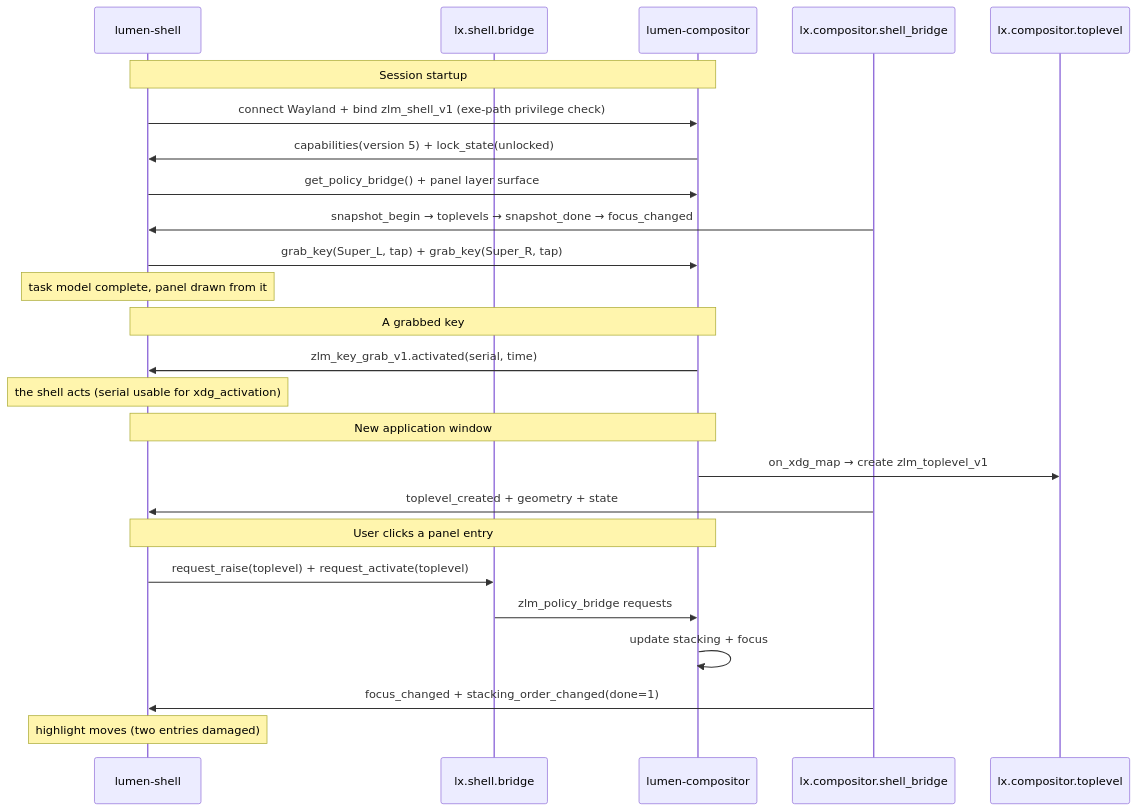
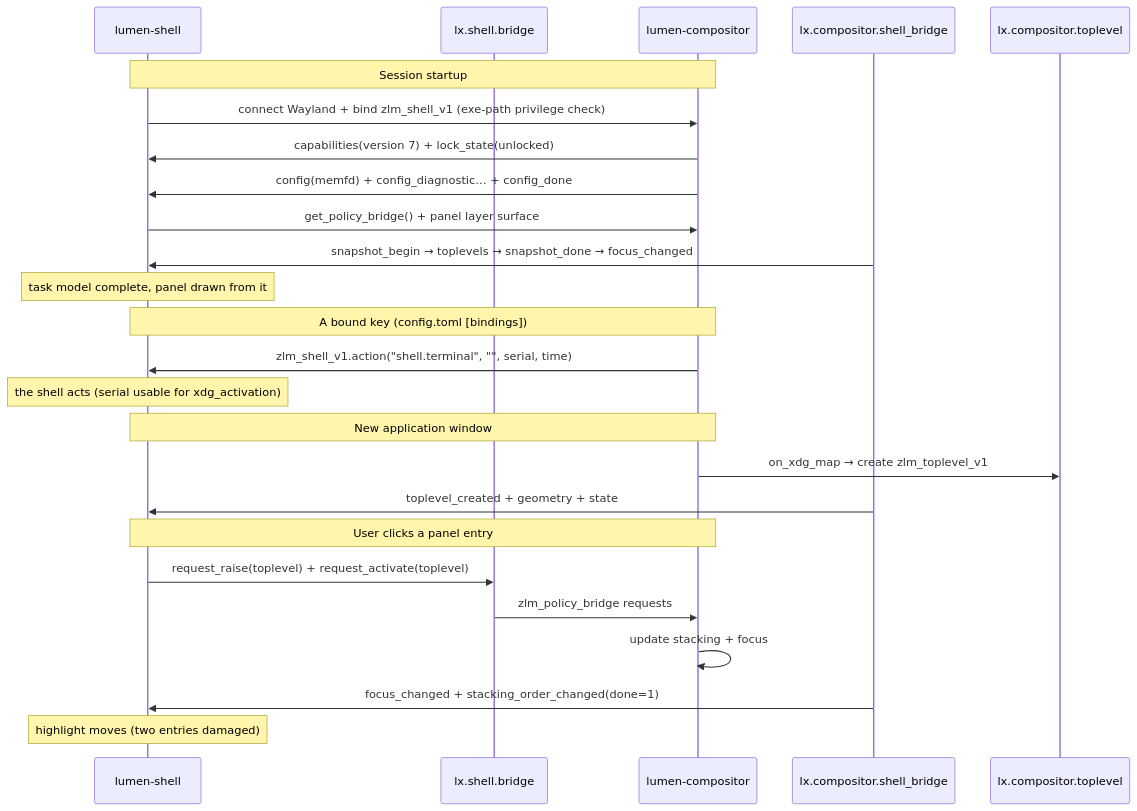
Before and after one commit to dimmus/lumen: the fourth of 9 diagrams in docs/architecture.md, drawn with Mermaid. The commit also changed other lines of this file and 141 other files, not shown here.

````diff
--- a/docs/architecture.md
+++ b/docs/architecture.md
@@ -1560,31 +1720,31 @@
 ```mermaid
 sequenceDiagram
     participant Shell as lumen-shell
     participant Bridge as lx.shell.bridge
     participant Comp as lumen-compositor
     participant Srv as lx.compositor.shell_bridge
     participant Top as lx.compositor.toplevel
 
     Note over Shell,Comp: Session startup
     Shell->>Comp: connect Wayland + bind zlm_shell_v1 (exe-path privilege check)
-    Comp->>Shell: capabilities(version 5) + lock_state(unlocked)
+    Comp->>Shell: capabilities(version 7) + lock_state(unlocked)
+    Comp->>Shell: config(memfd) + config_diagnostic… + config_done
     Shell->>Comp: get_policy_bridge() + panel layer surface
     Srv->>Shell: snapshot_begin → toplevels → snapshot_done → focus_changed
-    Shell->>Comp: grab_key(Super_L, tap) + grab_key(Super_R, tap)
     Note over Shell: task model complete, panel drawn from it
 
-    Note over Shell,Comp: A grabbed key
-    Comp->>Shell: zlm_key_grab_v1.activated(serial, time)
+    Note over Shell,Comp: A bound key (config.toml [bindings])
+    Comp->>Shell: zlm_shell_v1.action("shell.terminal", "", serial, time)
     Note over Shell: the shell acts (serial usable for xdg_activation)
 
     Note over Shell,Comp: New application window
     Comp->>Top: on_xdg_map → create zlm_toplevel_v1
     Srv->>Shell: toplevel_created + geometry + state
 
     Note over Shell,Comp: User clicks a panel entry
     Shell->>Bridge: request_raise(toplevel) + request_activate(toplevel)
     Bridge->>Comp: zlm_policy_bridge requests
     Comp->>Comp: update stacking + focus
     Srv->>Shell: focus_changed + stacking_order_changed(done=1)
     Note over Shell: highlight moves (two entries damaged)
 ```
````
